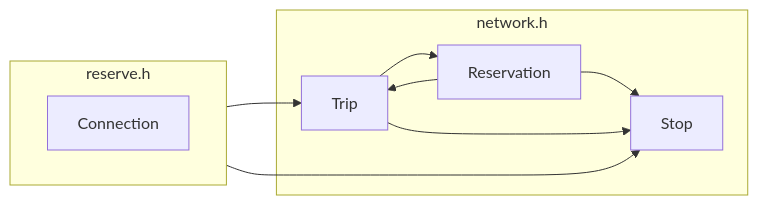
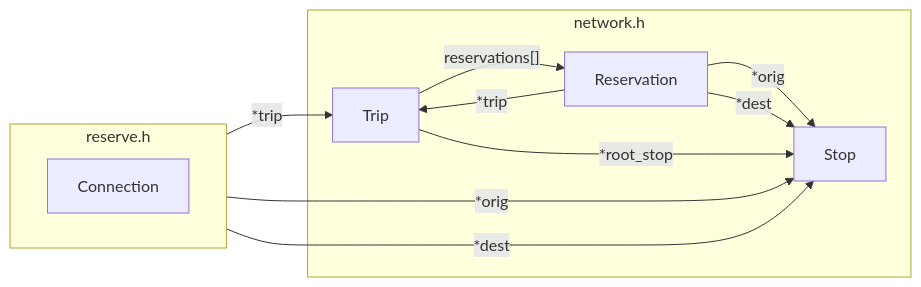
The fourth of 5 diagrams in README.md (maptic/osurs), drawn with Mermaid before and after one commit. The commit also changed other lines of this file, not shown here.

Commit message:
Update graphs in README.md

````diff
--- a/README.md
+++ b/README.md
@@ -66,14 +67,16 @@
 ```mermaid
 graph LR;
   subgraph network.h;
-    Trip-->Reservation;
-    Reservation-->Trip;
-    Reservation-->Stop;
-    Trip-->Stop;
+    Trip-->|"reservations[]"|Reservation;
+    Reservation-->|*trip|Trip;
+    Reservation-->|*orig|Stop;
+    Reservation-->|*dest|Stop;
+    Trip-->|*root_stop|Stop;
   end;
   subgraph reserve.h;
     direction LR;
-    Connection-->Stop;
-    Connection-->Trip
+    Connection-->|*orig|Stop;
+    Connection-->|*dest|Stop;
+    Connection-->|*trip|Trip
   end
 ```
````
